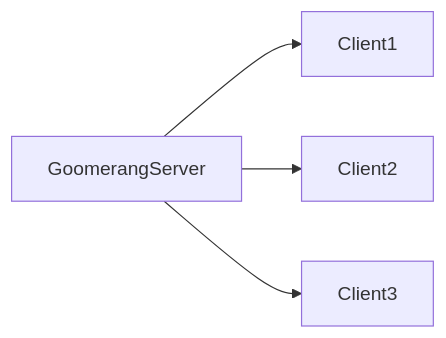
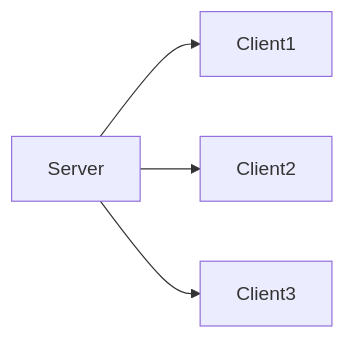
One commit to eloylp/goomerang changed the fifth of 8 diagrams in README.md. Above: the diagram before and after it, drawn with Mermaid. The commit also changed other lines of this file and 1 other file, not shown here.

````diff
--- a/README.md
+++ b/README.md
@@ -421,6 +424,6 @@
 ```mermaid
 graph LR;
-GoomerangServer-->Client1;
-GoomerangServer-->Client2;
-GoomerangServer-->Client3;
+Server-->Client1;
+Server-->Client2;
+Server-->Client3;
 ```
````
